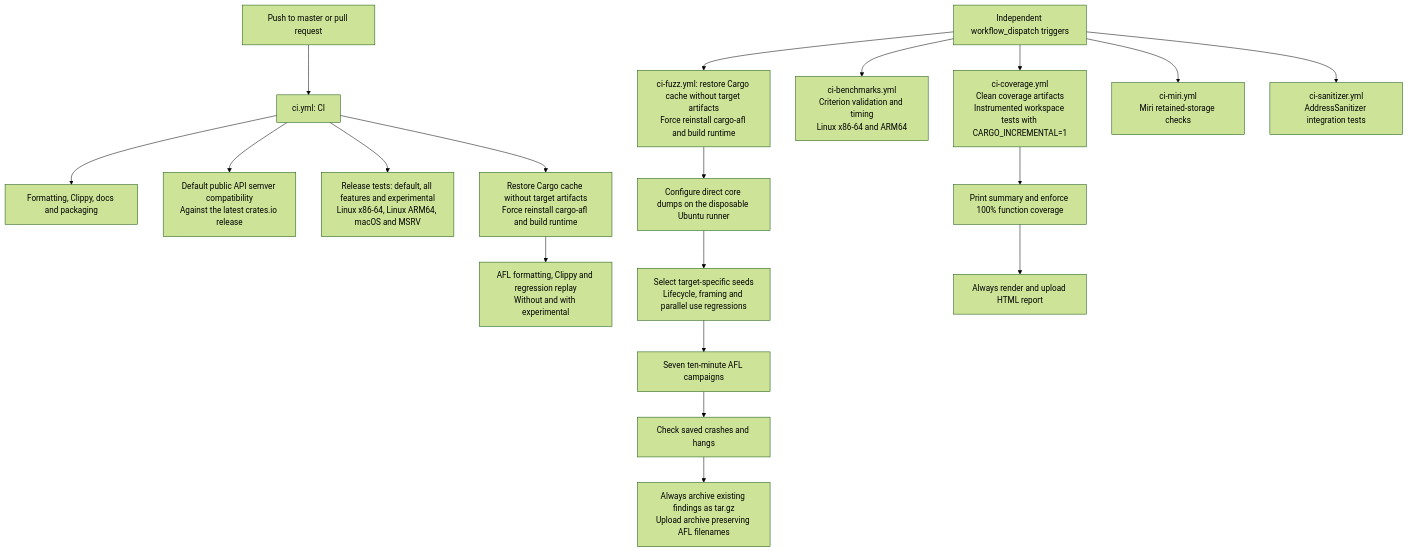
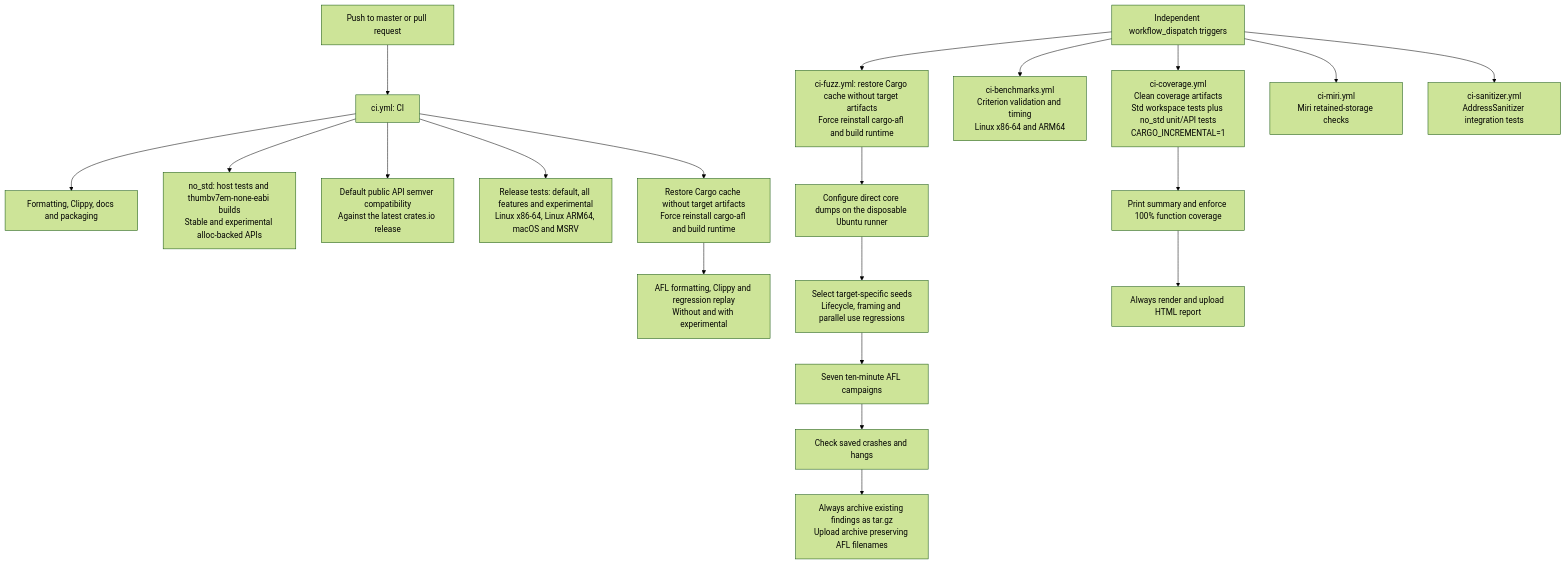
The diagram in architecture/ci.md (Mnwa/mbrotli), drawn with Mermaid (forest theme) before and after one commit. The commit also changed other lines of this file and 93 other files, not shown here.

````diff
--- a/architecture/ci.md
+++ b/architecture/ci.md
@@ -6,21 +14,22 @@
 ```mermaid
 flowchart TD
     automatic["Push to master or pull request"] --> fast["ci.yml: CI"]
     fast --> check["Formatting, Clippy, docs and packaging"]
+    fast --> nostd["no_std: host tests and thumbv7em-none-eabi builds<br/>Stable and experimental alloc-backed APIs"]
     fast --> semver["Default public API semver compatibility<br/>Against the latest crates.io release"]
     fast --> tests["Release tests: default, all features and experimental<br/>Linux x86-64, Linux ARM64, macOS and MSRV"]
     fast --> replaySetup["Restore Cargo cache without target artifacts<br/>Force reinstall cargo-afl and build runtime"]
     replaySetup --> replay["AFL formatting, Clippy and regression replay<br/>Without and with experimental"]
     manual["Independent workflow_dispatch triggers"] --> fuzzSetup["ci-fuzz.yml: restore Cargo cache without target artifacts<br/>Force reinstall cargo-afl and build runtime"]
     fuzzSetup --> crashSetup["Configure direct core dumps on the disposable Ubuntu runner"]
     crashSetup --> seeds["Select target-specific seeds<br/>Lifecycle, framing and parallel use regressions"]
     seeds --> fuzz["Seven ten-minute AFL campaigns"]
     fuzz --> findings["Check saved crashes and hangs"]
     findings --> archive["Always archive existing findings as tar.gz<br/>Upload archive preserving AFL filenames"]
     manual --> bench["ci-benchmarks.yml<br/>Criterion validation and timing<br/>Linux x86-64 and ARM64"]
-    manual --> coverage["ci-coverage.yml<br/>Clean coverage artifacts<br/>Instrumented workspace tests with CARGO_INCREMENTAL=1"]
+    manual --> coverage["ci-coverage.yml<br/>Clean coverage artifacts<br/>Std workspace tests plus no_std unit/API tests<br/>CARGO_INCREMENTAL=1"]
     coverage --> coverageGate["Print summary and enforce 100% function coverage"]
     coverageGate --> coverageReport["Always render and upload HTML report"]
     manual --> miri["ci-miri.yml<br/>Miri retained-storage checks"]
     manual --> asan["ci-sanitizer.yml<br/>AddressSanitizer integration tests"]
 ```
````
